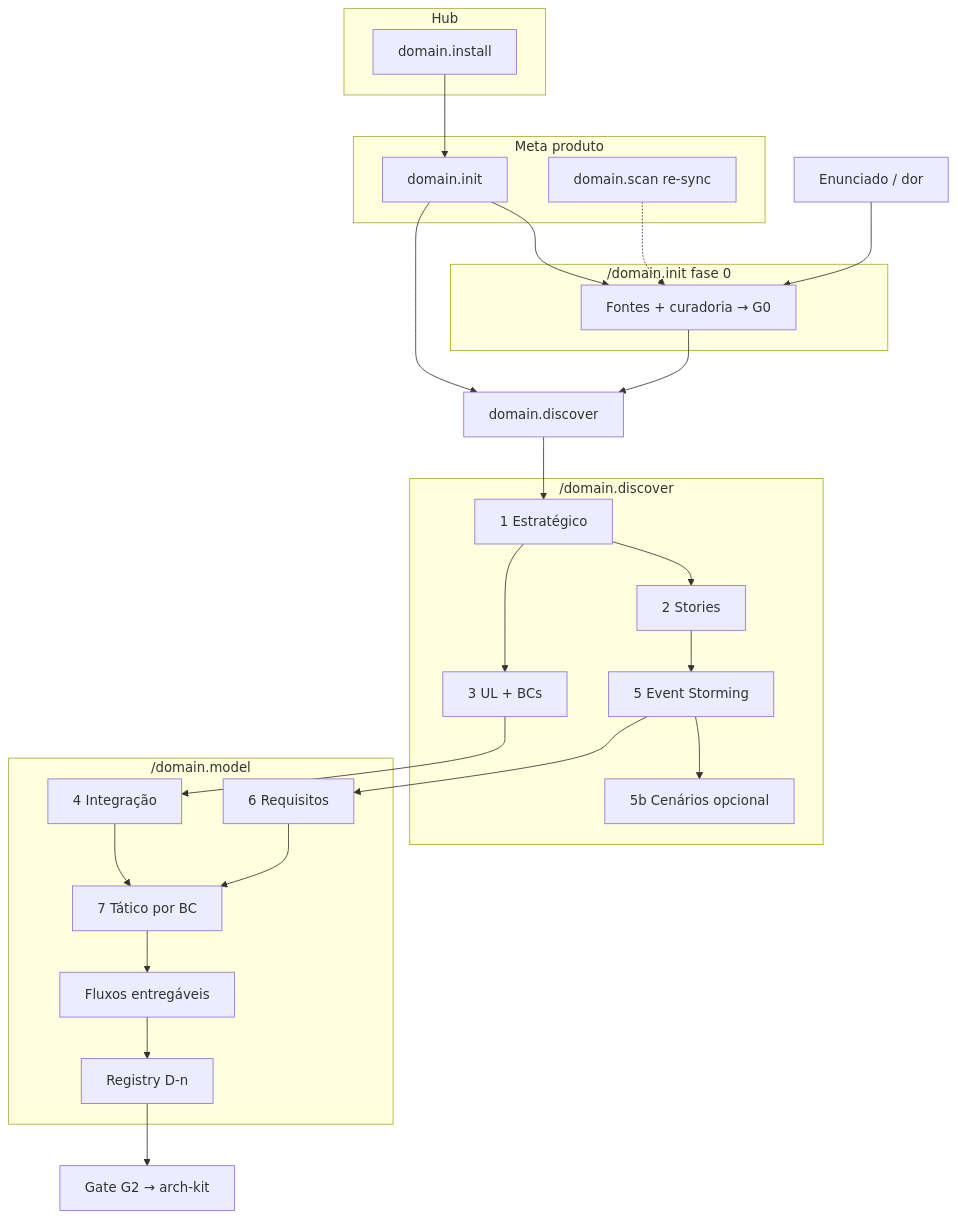
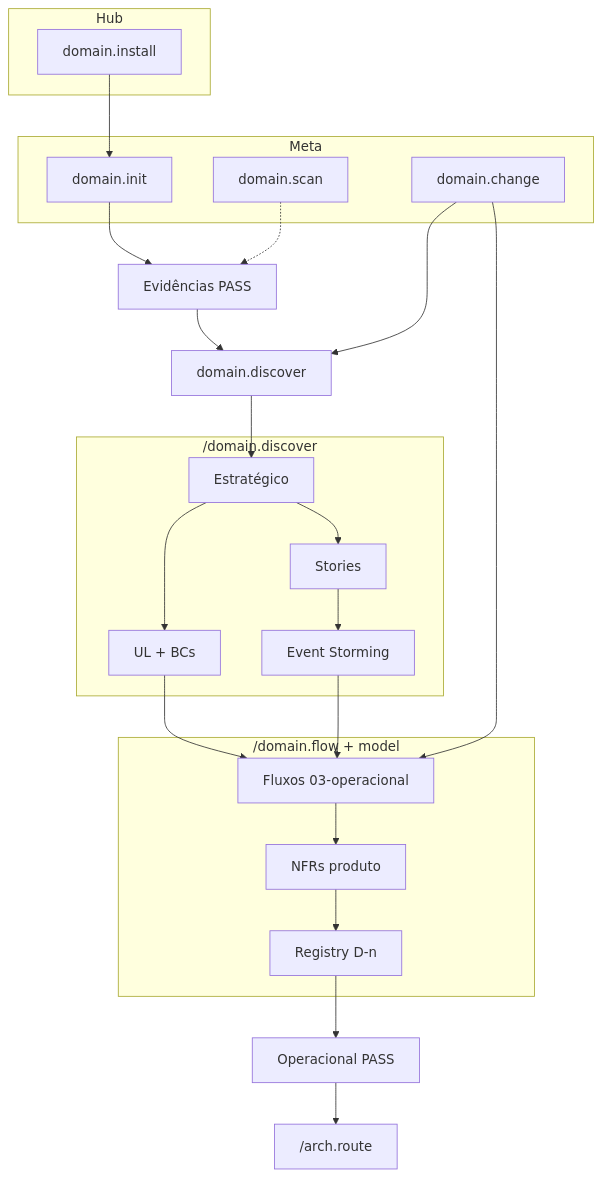
The diagram in domain-kit/references/pipeline.md (DudaMoresco/work-kit), drawn with Mermaid before and after one commit. The commit also changed other lines of this file and 11 other files, not shown here.

First line of the commit message:
Align docs and gates with phase model and operacional flows.

````diff
--- a/domain-kit/references/pipeline.md
+++ b/domain-kit/references/pipeline.md
@@ -32,45 +34,38 @@
 ```mermaid
 flowchart TB
   subgraph hub [Hub]
     INS[domain.install]
   end
-  subgraph meta [Meta produto]
+  subgraph meta [Meta]
     INIT[domain.init]
-    SCAN[domain.scan re-sync]
+    SCAN[domain.scan]
+    CHG[domain.change]
   end
   subgraph discover ["/domain.discover"]
-    S1[1 Estratégico]
-    S2[2 Stories]
-    S5[5 Event Storming]
-    S3[3 UL + BCs]
-    S5b[5b Cenários opcional]
+    S1[Estratégico]
+    S2[Stories]
+    S5[Event Storming]
+    S3[UL + BCs]
   end
-  subgraph initPhase ["/domain.init fase 0"]
-    F0[Fontes + curadoria → G0]
-  end
-  subgraph model ["/domain.model"]
-    S4[4 Integração]
-    S6[6 Requisitos]
-    S7[7 Tático por BC]
-    FL[Fluxos entregáveis]
+  subgraph operacional ["/domain.flow + model"]
+    FL[Fluxos 03-operacional]
+    NFR[NFRs produto]
     REG[Registry D-n]
   end
-  EN[Enunciado / dor] --> F0
   INS --> INIT
-  INIT --> F0
-  F0 --> DISC[domain.discover]
-  SCAN -.-> F0
-  INIT --> DISC
+  INIT --> EV[Evidências PASS]
+  SCAN -.-> EV
+  EV --> DISC[domain.discover]
+  CHG --> DISC
+  CHG --> FL
   DISC --> S1
+  S1 --> S3
   S1 --> S2
-  S1 --> S3
   S2 --> S5
-  S5 --> S5b
-  S3 --> S4
-  S5 --> S6
-  S4 --> S7
-  S6 --> S7
-  S7 --> FL
-  FL --> REG
-  REG --> G2[Gate G2 → arch-kit]
+  S3 --> FL
+  S5 --> FL
+  FL --> NFR
+  NFR --> REG
+  REG --> OP[Operacional PASS]
+  OP --> ARCH["/arch.route"]
 ```
````
